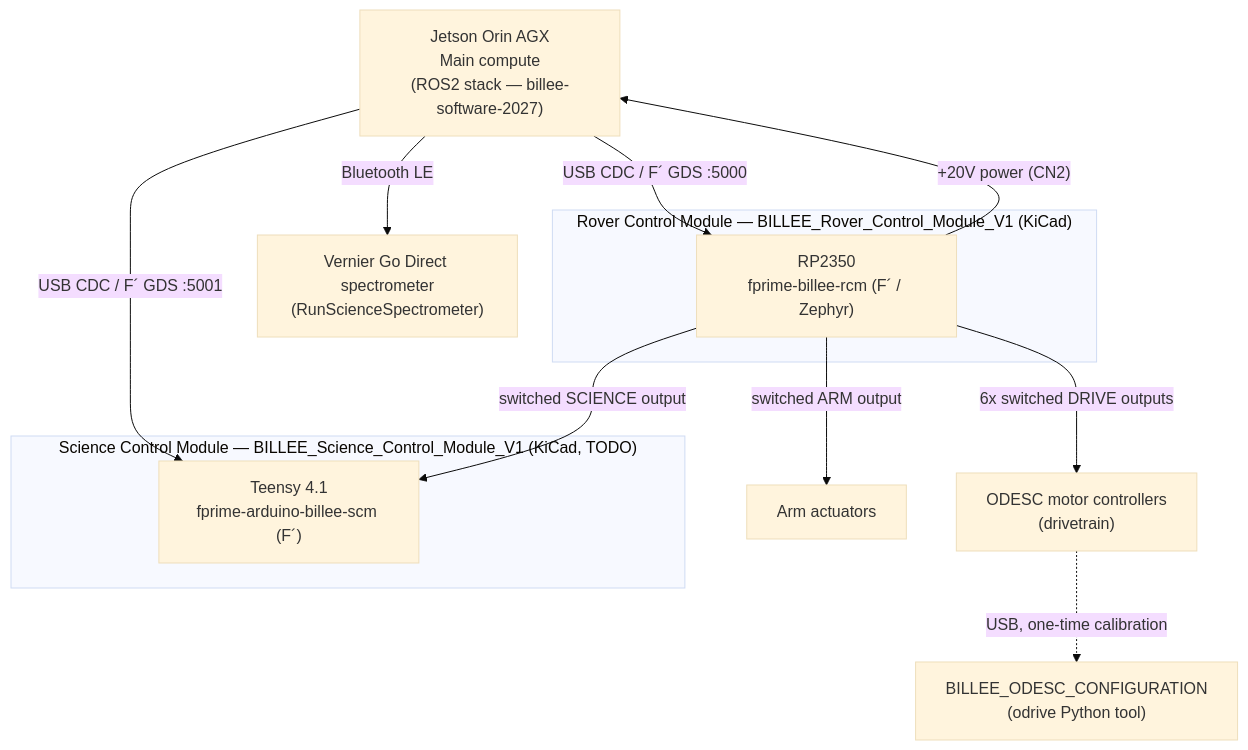
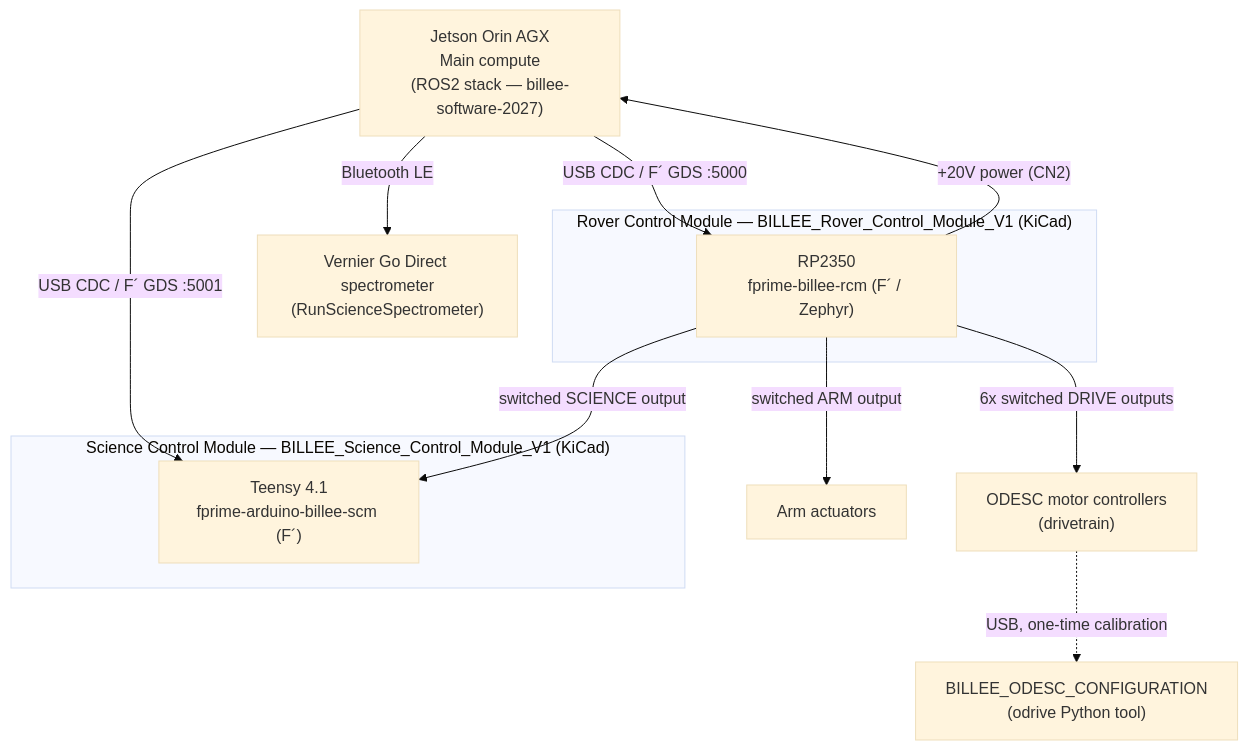
One commit to BILLEE-BroncoSTAR/billee-hardware-2027 changed the first of 3 diagrams in README.md. Above: the diagram before and after it, drawn with Mermaid (base theme). The commit also changed other lines of this file and 1 other file, not shown here.

````diff
--- a/README.md
+++ b/README.md
@@ -50,23 +51,23 @@
 ```mermaid
 flowchart TB
     Jetson["Jetson Orin AGX<br/>Main compute<br/>(ROS2 stack — billee-software-2027)"]
 
     subgraph RCM["Rover Control Module — BILLEE_Rover_Control_Module_V1 (KiCad)"]
         RCM_FW["RP2350<br/>fprime-billee-rcm (F´ / Zephyr)"]
     end
 
-    subgraph SCM["Science Control Module — BILLEE_Science_Control_Module_V1 (KiCad, TODO)"]
+    subgraph SCM["Science Control Module — BILLEE_Science_Control_Module_V1 (KiCad)"]
         SCM_FW["Teensy 4.1<br/>fprime-arduino-billee-scm (F´)"]
     end
 
     RCM_FW -- "+20V power (CN2)" --> Jetson
     Jetson -- "USB CDC / F´ GDS :5000" --> RCM_FW
     Jetson -- "USB CDC / F´ GDS :5001" --> SCM_FW
     Jetson -- "Bluetooth LE" --> SPEC["Vernier Go Direct spectrometer<br/>(RunScienceSpectrometer)"]
 
     RCM_FW -- "6x switched DRIVE outputs" --> ODESC["ODESC motor controllers<br/>(drivetrain)"]
     RCM_FW -- "switched ARM output" --> ARM["Arm actuators"]
     RCM_FW -- "switched SCIENCE output" --> SCM_FW
 
     ODESC -. "USB, one-time calibration" .-> TOOL["BILLEE_ODESC_CONFIGURATION<br/>(odrive Python tool)"]
 ```
````
